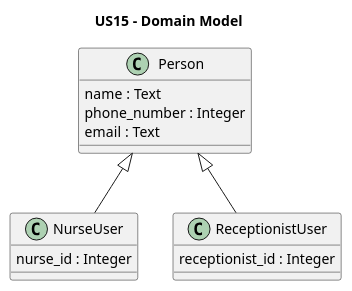
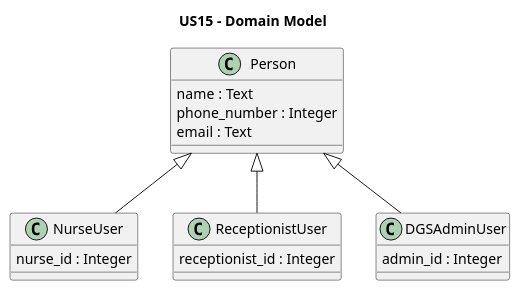
Before and after one commit to pedroguilherme-web/leti-esoft-25-26-A1: the diagram in docs/system-documentation/US15/puml/US15-DM.puml, drawn with PlantUML. The commit also changed 9 other files, not shown here.

Commit message:
- Criação dos Headers: NurseContainer.h e ReceptionistContainer.h - Alterações no CD, DM e SD da US15 juntamente com os seus SVG - Alteração no CMakeList para adicionar os novos headers

```diff
--- a/docs/system-documentation/US15/puml/US15-DM.puml
+++ b/docs/system-documentation/US15/puml/US15-DM.puml
@@ -1,24 +1,25 @@
 @startuml
 ' US15 Domain Model Excerpt
 title US15 - Domain Model
 
 skinparam classAttributeIconSize 0
 
 class Person {
   name : Text
   phone_number : Integer
   email : Text
 }
 
-class NurseUser {
+class NurseUser extends Person {
   nurse_id : Integer
 }
 
-class ReceptionistUser {
+class ReceptionistUser extends Person{
   receptionist_id : Integer
 }
 
-Person <|-- NurseUser
-Person <|-- ReceptionistUser
+class DGSAdminUser extends Person{
+  admin_id : Integer
+}
 
 @enduml
```
